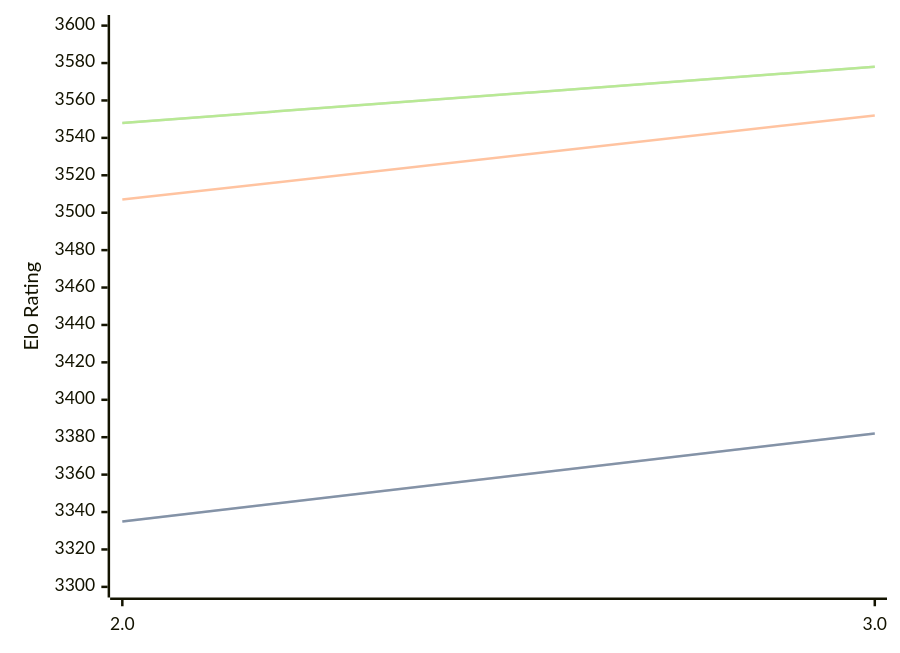
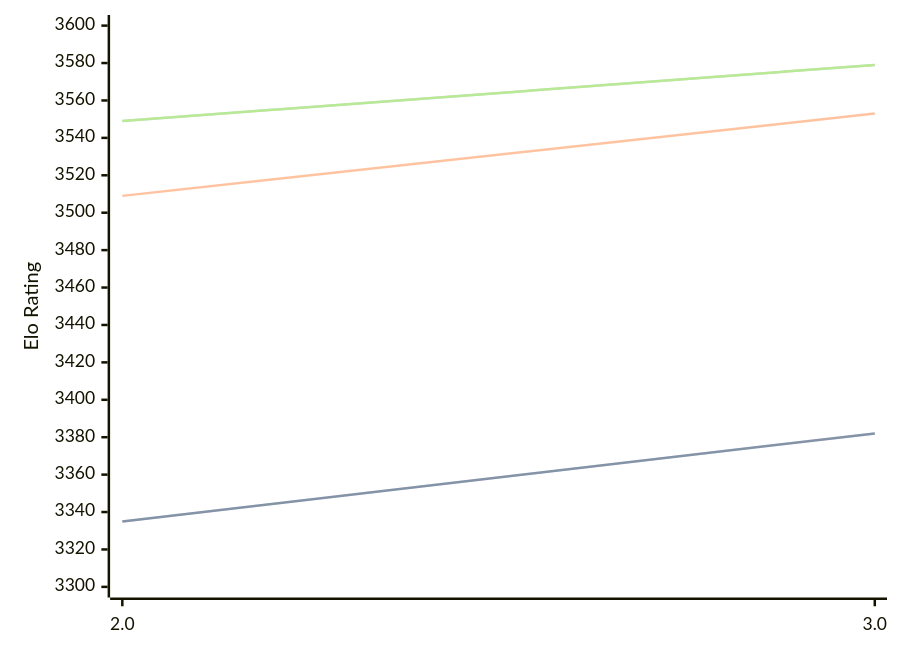
One commit to computer-chess-index/cci changed the diagram in engines/Quanticade.md. Above: the diagram before and after it, drawn with Mermaid. The commit also changed other lines of this file, not shown here.

Commit message:
Update CCI Ratings (ELO VLTC) - 2026-04-22

````diff
--- a/engines/Quanticade.md
+++ b/engines/Quanticade.md
@@ -41,11 +41,11 @@
 ```mermaid
 %%{init: {"theme":"base","themeVariables":{"seriesColors:['#a3a3a3','#222221','#faa371']}}}%%
 xychart-beta
   x-axis ["2.0", "3.0"]
   y-axis "Elo Rating" 3300 --> 3600
   line "STC (8.0+0.08s)" [3335, 3382]
   line "STC (8.0+0.08s)" [3335, 3382]
-  line "LTC (60.0+0.60s)" [3507, 3552]
-  line "VLTC (2m24s+1.12s)" [3548, 3578]
-  line "VLTC (2m24s+1.12s)" [3548, 3578]
+  line "LTC (60.0+0.60s)" [3509, 3553]
+  line "VLTC (2m24s+1.12s)" [3549, 3579]
+  line "VLTC (2m24s+1.12s)" [3549, 3579]
 ```
````
